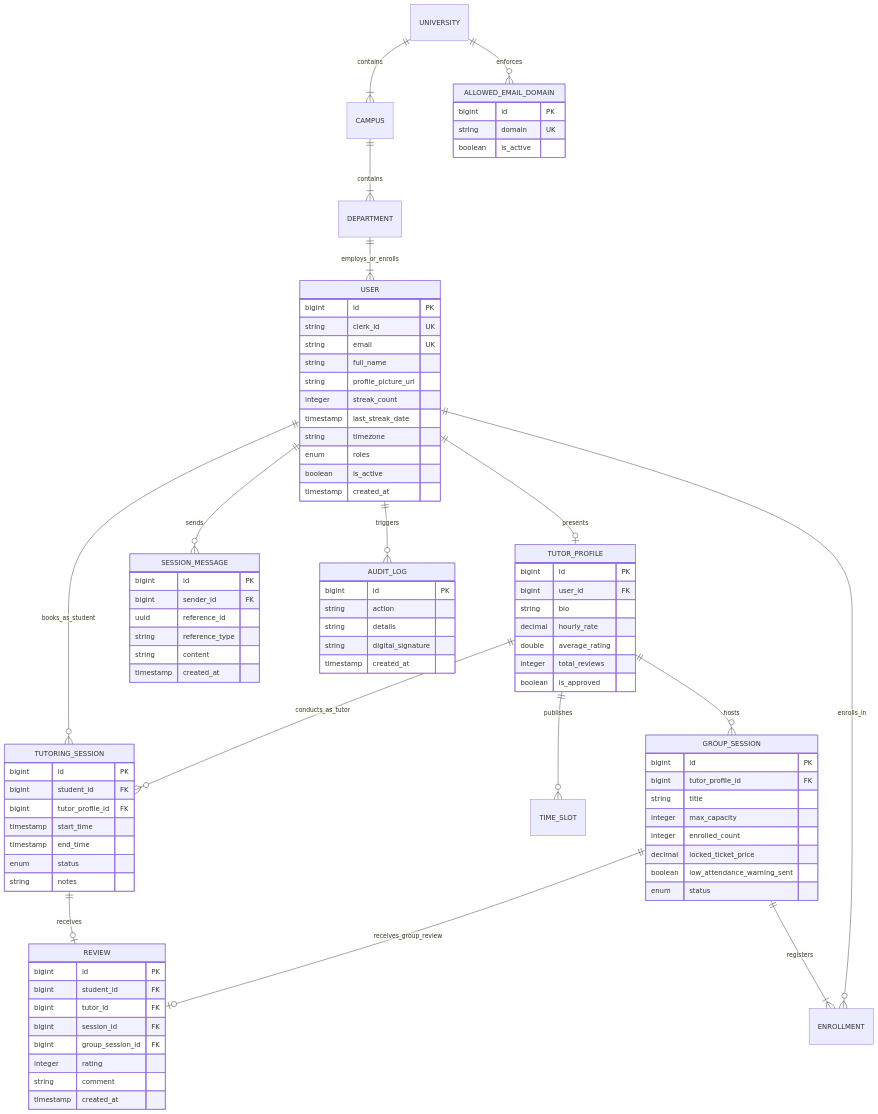
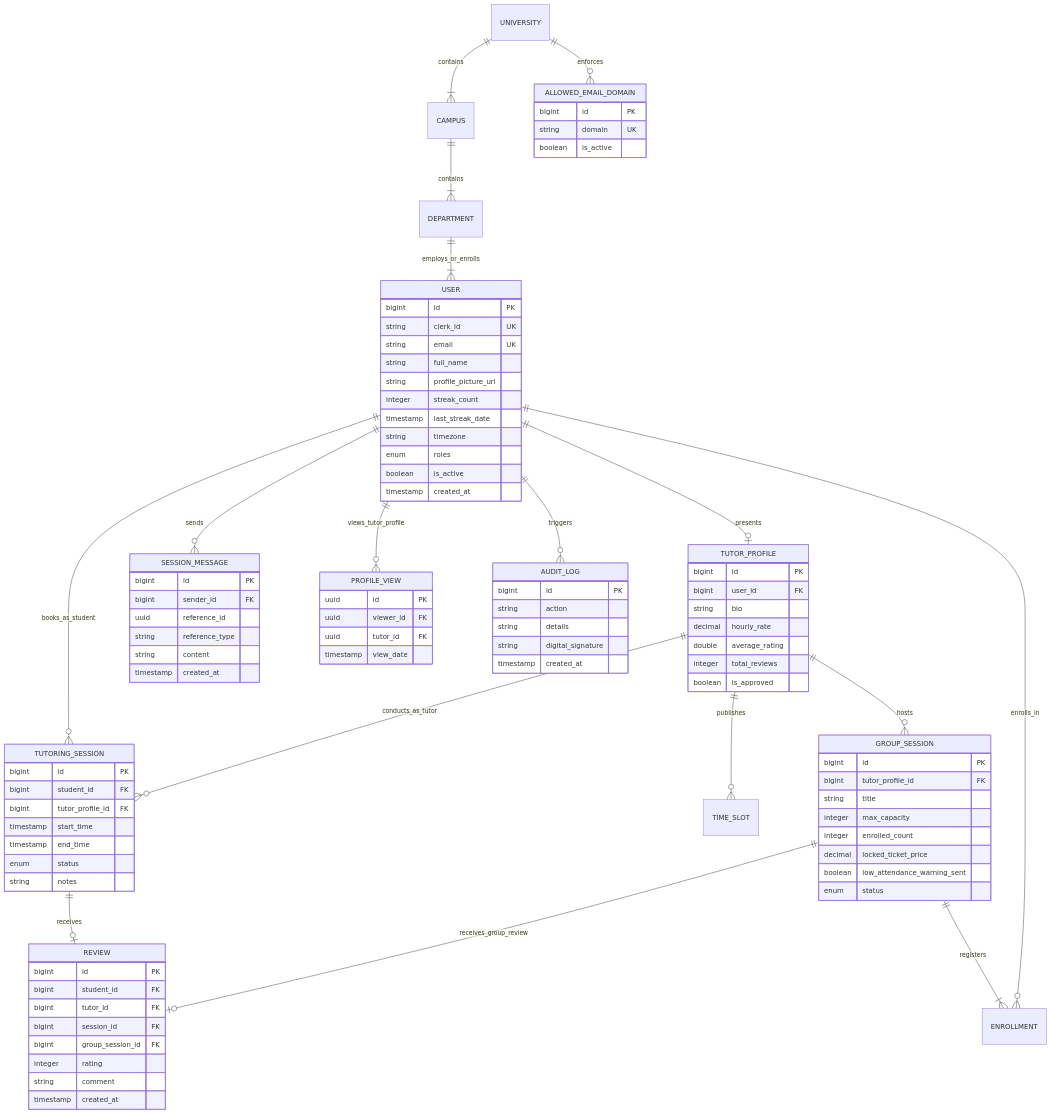
Before and after one commit to daikendy/Eruscent-Architecture: the third of 3 diagrams in README.md, drawn with Mermaid. The commit also changed other lines of this file, not shown here.

```diff
--- a/README.md
+++ b/README.md
@@ -588,6 +593,7 @@
     TUTORING_SESSION ||--o| REVIEW : receives
     GROUP_SESSION ||--o| REVIEW : receives_group_review
     USER ||--o{ SESSION_MESSAGE : sends
+    USER ||--o{ PROFILE_VIEW : views_tutor_profile
     USER ||--o{ AUDIT_LOG : triggers
     UNIVERSITY ||--o{ ALLOWED_EMAIL_DOMAIN : enforces
 
@@ -636,6 +642,13 @@
         enum status
     }
 
+    PROFILE_VIEW {
+        uuid id PK
+        uuid viewer_id FK
+        uuid tutor_id FK
+        timestamp view_date
+    }
+
     SESSION_MESSAGE {
         bigint id PK
         bigint sender_id FK
```
